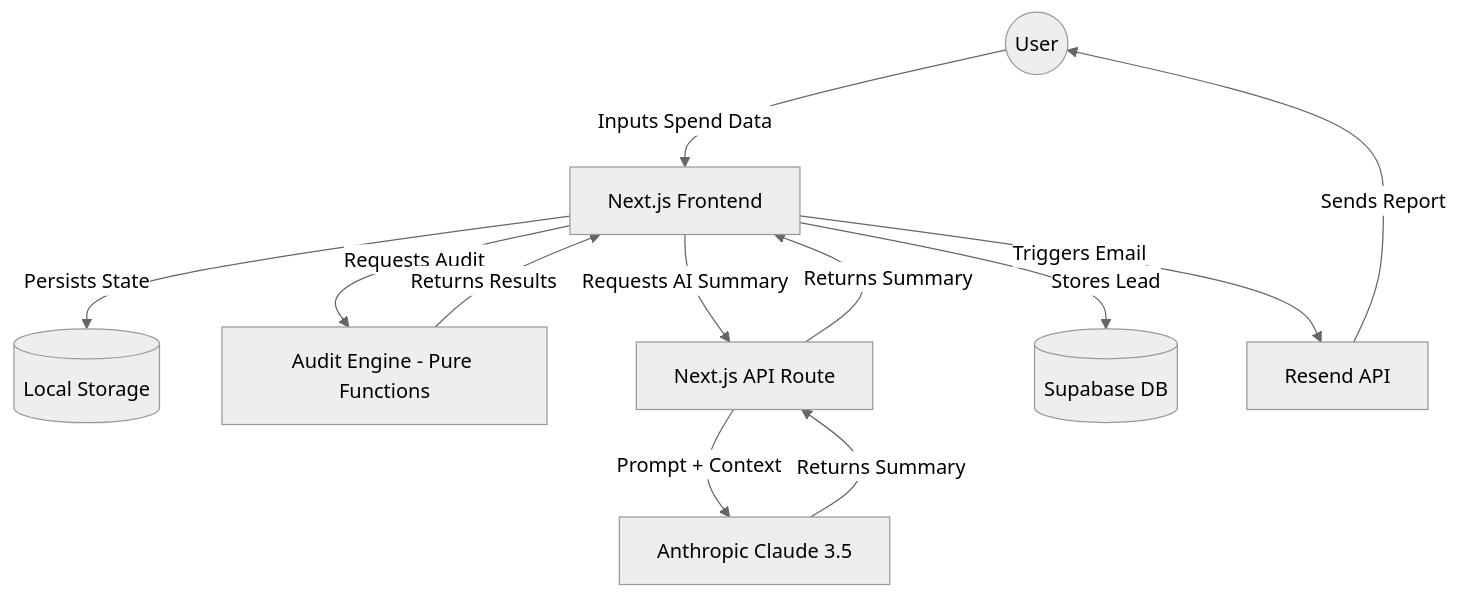
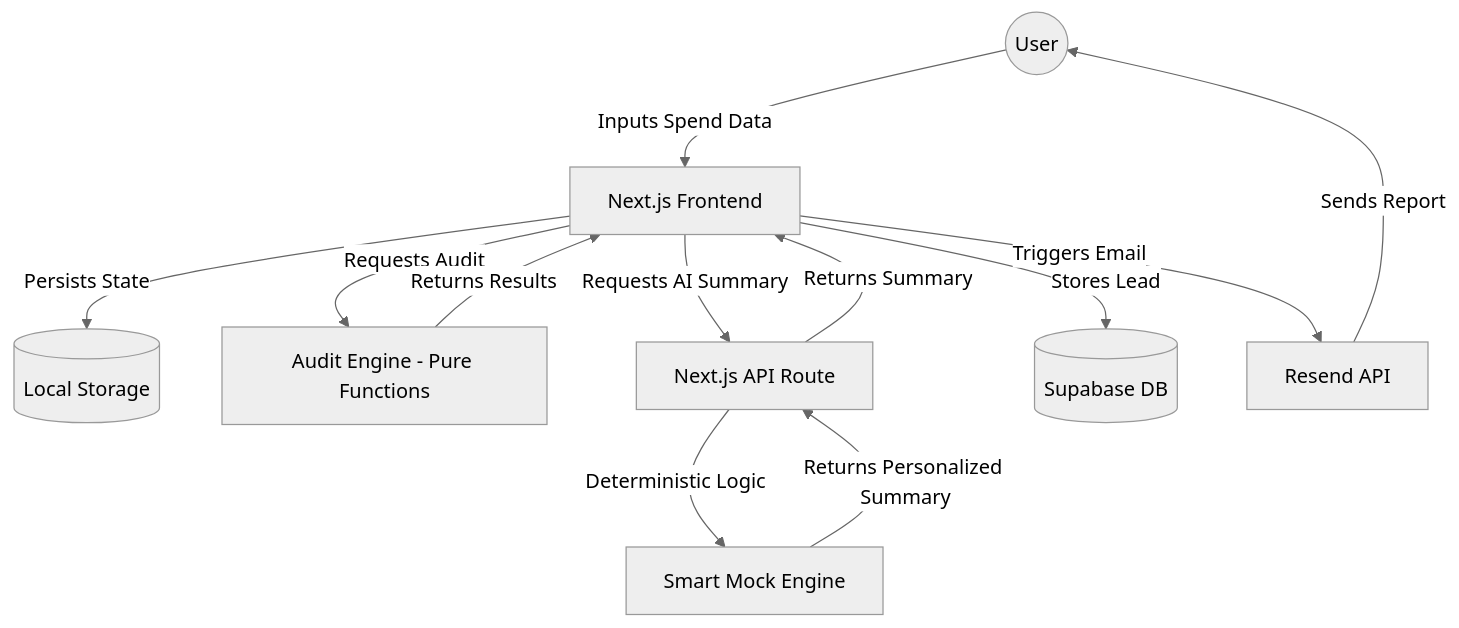
One commit to nawalkant145/ai-spend-audit changed the diagram in ARCHITECTURE.md. Above: the diagram before and after it, drawn with Mermaid (neutral theme). The commit also changed other lines of this file and 7 other files, not shown here.

````diff
--- a/ARCHITECTURE.md
+++ b/ARCHITECTURE.md
@@ -4,14 +4,14 @@
 ```mermaid
 graph TD
     User((User)) -->|Inputs Spend Data| FE[Next.js Frontend]
     FE -->|Persists State| LS[(Local Storage)]
     FE -->|Requests Audit| AE[Audit Engine - Pure Functions]
     AE -->|Returns Results| FE
     FE -->|Requests AI Summary| API[Next.js API Route]
-    API -->|Prompt + Context| Anthropic[Anthropic Claude 3.5]
-    Anthropic -->|Returns Summary| API
+    API -->|Deterministic Logic| Mock[Smart Mock Engine]
+    Mock -->|Returns Personalized Summary| API
     API -->|Returns Summary| FE
     FE -->|Stores Lead| Supabase[(Supabase DB)]
     FE -->|Triggers Email| Resend[Resend API]
     Resend -->|Sends Report| User
 ```
````
